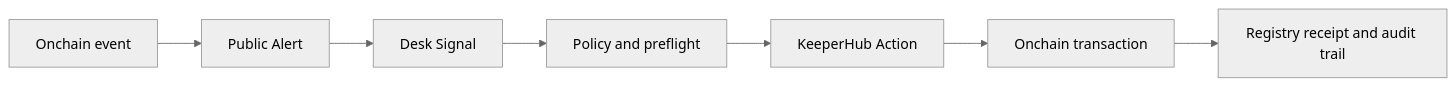
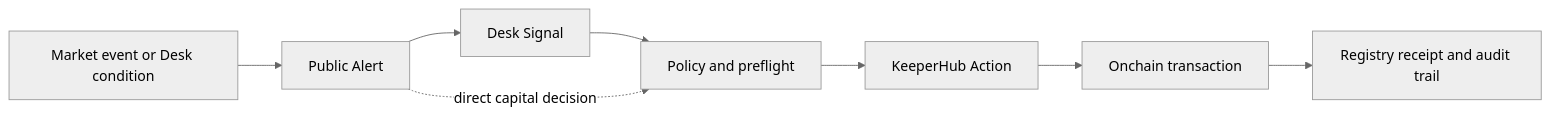
One commit to zaikaman/ChronicleAI changed the first of 3 diagrams in README.md. Above: the diagram before and after it, drawn with Mermaid (neutral theme). The commit also changed other lines of this file and 25 other files, not shown here.

First line of the commit message:
feat: add desk-trigger alert service and related tests

````diff
--- a/README.md
+++ b/README.md
@@ -18,9 +18,10 @@
 ```mermaid
 flowchart LR
-    E[Onchain event] --> A[Public Alert]
+    E[Market event or Desk condition] --> A[Public Alert]
     A --> S[Desk Signal]
     S --> G[Policy and preflight]
     G --> K[KeeperHub Action]
     K --> T[Onchain transaction]
     T --> P[Registry receipt and audit trail]
+    A -.->|direct capital decision| G
 ```
````
